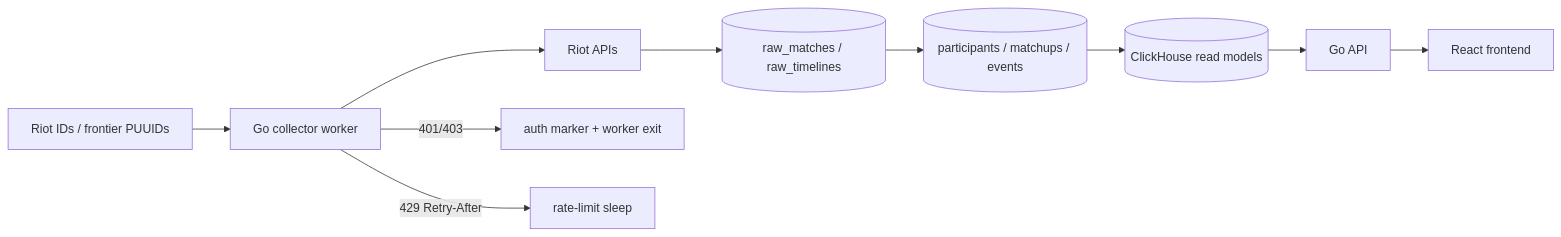
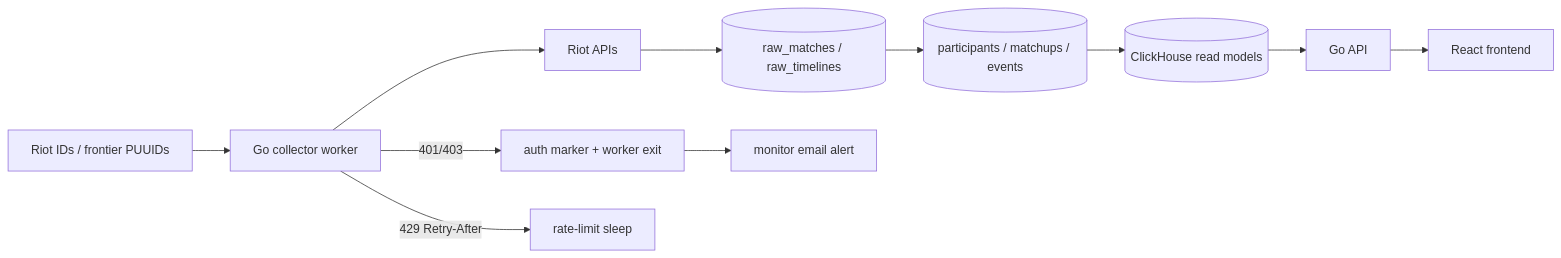
Before and after one commit to AdamWentworth/WinRift: the diagram in README.md, drawn with Mermaid. The commit also changed other lines of this file and 18 other files, not shown here.

````diff
--- a/README.md
+++ b/README.md
@@ -201,13 +211,14 @@
 ```mermaid
 flowchart LR
   Seeds[Riot IDs / frontier PUUIDs] --> Worker[Go collector worker]
   Worker --> Riot[Riot APIs]
   Riot --> Raw[(raw_matches / raw_timelines)]
   Raw --> Normalized[(participants / matchups / events)]
   Normalized --> Summaries[(ClickHouse read models)]
   Summaries --> API[Go API]
   API --> Web[React frontend]
 
   Worker -->|401/403| Stop[auth marker + worker exit]
+  Stop --> Monitor[monitor email alert]
   Worker -->|429 Retry-After| Backoff[rate-limit sleep]
 ```
````
